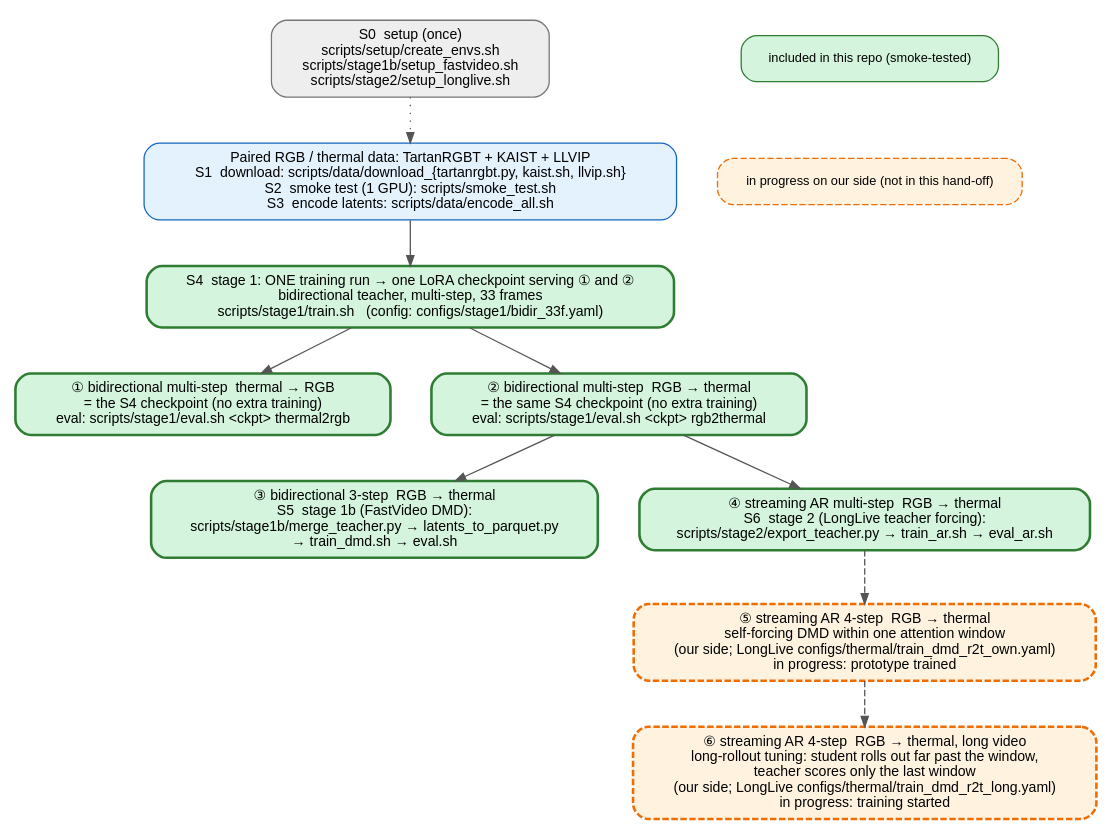
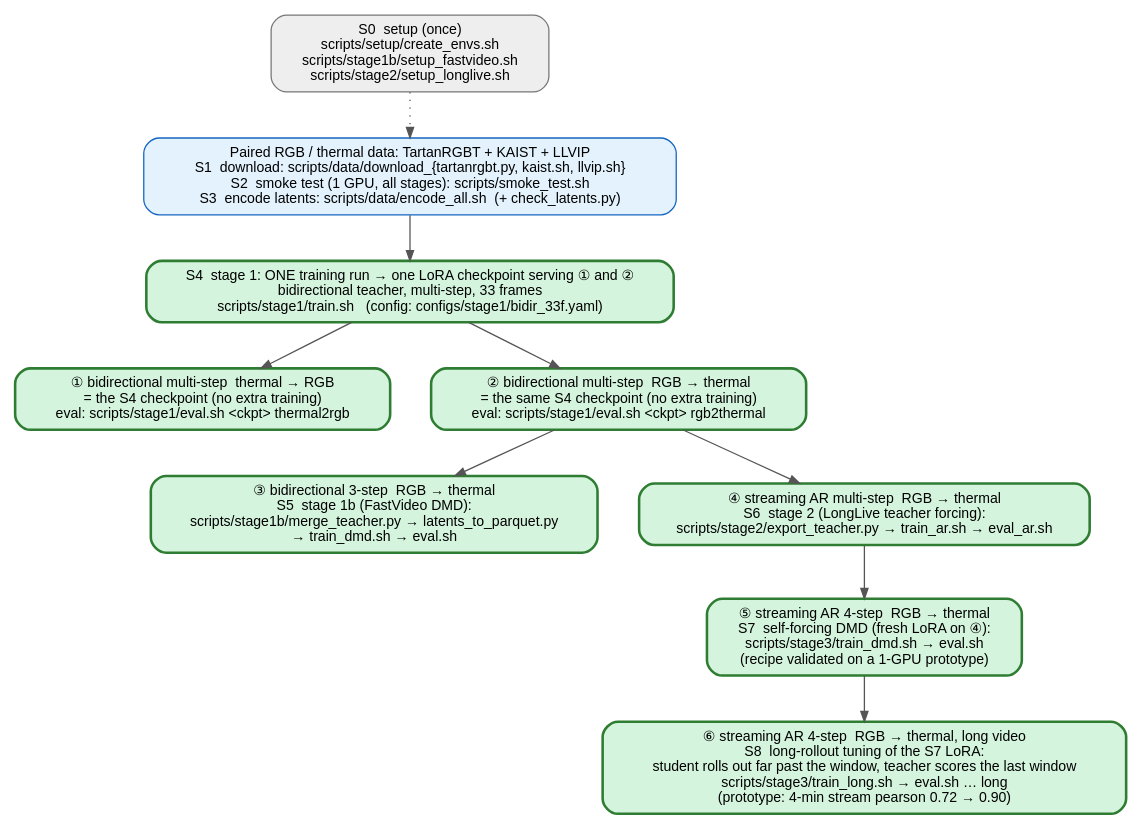
One commit to Greenery-S/thermal_v2v changed the diagram in assets/model_tree.dot. Above: the diagram before and after it, drawn with Graphviz. The commit also changed 11 other files, not shown here.

First line of the commit message:
S7/S8: 4-step streaming models ⑤ (self-forcing DMD) and ⑥ (long-rollout tuning) - scripts, configs (LongLive patch), in-training evals, smoke test, docs

```diff
--- a/assets/model_tree.dot
+++ b/assets/model_tree.dot
@@ -1,20 +1,16 @@
 digraph G {
   rankdir=TB; nodesep=0.45; ranksep=0.5; bgcolor="white";
   node [shape=box, style="rounded,filled", fontname="Helvetica", fontsize=11, margin="0.16,0.08"];
   edge [color="#555555", arrowsize=0.8];
   S0  [label="S0  setup (once)\nscripts/setup/create_envs.sh\nscripts/stage1b/setup_fastvideo.sh\nscripts/stage2/setup_longlive.sh", fillcolor="#eeeeee", color="#777777"];
-  D   [label="Paired RGB / thermal data: TartanRGBT + KAIST + LLVIP\nS1  download: scripts/data/download_{tartanrgbt.py, kaist.sh, llvip.sh}\nS2  smoke test (1 GPU): scripts/smoke_test.sh\nS3  encode latents: scripts/data/encode_all.sh", fillcolor="#e3f2fd", color="#1565c0"];
+  D   [label="Paired RGB / thermal data: TartanRGBT + KAIST + LLVIP\nS1  download: scripts/data/download_{tartanrgbt.py, kaist.sh, llvip.sh}\nS2  smoke test (1 GPU, all stages): scripts/smoke_test.sh\nS3  encode latents: scripts/data/encode_all.sh  (+ check_latents.py)", fillcolor="#e3f2fd", color="#1565c0"];
   B   [label="S4  stage 1: ONE training run → one LoRA checkpoint serving ① and ②\nbidirectional teacher, multi-step, 33 frames\nscripts/stage1/train.sh   (config: configs/stage1/bidir_33f.yaml)", fillcolor="#d4f4dd", color="#2e7d32", penwidth=2];
   T2R [label="① bidirectional multi-step  thermal → RGB\n= the S4 checkpoint (no extra training)\neval: scripts/stage1/eval.sh <ckpt> thermal2rgb", fillcolor="#d4f4dd", color="#2e7d32", penwidth=2];
   R2T [label="② bidirectional multi-step  RGB → thermal\n= the same S4 checkpoint (no extra training)\neval: scripts/stage1/eval.sh <ckpt> rgb2thermal", fillcolor="#d4f4dd", color="#2e7d32", penwidth=2];
   FS  [label="③ bidirectional 3-step  RGB → thermal\nS5  stage 1b (FastVideo DMD):\nscripts/stage1b/merge_teacher.py → latents_to_parquet.py\n→ train_dmd.sh → eval.sh", fillcolor="#d4f4dd", color="#2e7d32", penwidth=2];
   AR  [label="④ streaming AR multi-step  RGB → thermal\nS6  stage 2 (LongLive teacher forcing):\nscripts/stage2/export_teacher.py → train_ar.sh → eval_ar.sh", fillcolor="#d4f4dd", color="#2e7d32", penwidth=2];
-  SF  [label="⑤ streaming AR 4-step  RGB → thermal\nself-forcing DMD within one attention window\n(our side; LongLive configs/thermal/train_dmd_r2t_own.yaml)\nin progress: prototype trained", fillcolor="#fff3e0", color="#ef6c00", style="rounded,filled,dashed", penwidth=2];
-  LR  [label="⑥ streaming AR 4-step  RGB → thermal, long video\nlong-rollout tuning: student rolls out far past the window,\nteacher scores only the last window\n(our side; LongLive configs/thermal/train_dmd_r2t_long.yaml)\nin progress: training started", fillcolor="#fff3e0", color="#ef6c00", style="rounded,filled,dashed", penwidth=2];
+  SF  [label="⑤ streaming AR 4-step  RGB → thermal\nS7  self-forcing DMD (fresh LoRA on ④):\nscripts/stage3/train_dmd.sh → eval.sh\n(recipe validated on a 1-GPU prototype)", fillcolor="#d4f4dd", color="#2e7d32", penwidth=2];
+  LR  [label="⑥ streaming AR 4-step  RGB → thermal, long video\nS8  long-rollout tuning of the S7 LoRA:\nstudent rolls out far past the window, teacher scores the last window\nscripts/stage3/train_long.sh → eval.sh … long\n(prototype: 4-min stream pearson 0.72 → 0.90)", fillcolor="#d4f4dd", color="#2e7d32", penwidth=2];
   S0 -> D [style=dotted]; D -> B; B -> T2R; B -> R2T; R2T -> FS; R2T -> AR;
-  AR -> SF [style=dashed]; SF -> LR [style=dashed];
-  subgraph cluster_legend { label=""; color="white";
-    L1 [label="included in this repo (smoke-tested)", fillcolor="#d4f4dd", color="#2e7d32", fontsize=10];
-    L2 [label="in progress on our side (not in this hand-off)", fillcolor="#fff3e0", color="#ef6c00", style="rounded,filled,dashed", fontsize=10];
-    L1 -> L2 [style=invis]; }
+  AR -> SF; SF -> LR;
 }
```
